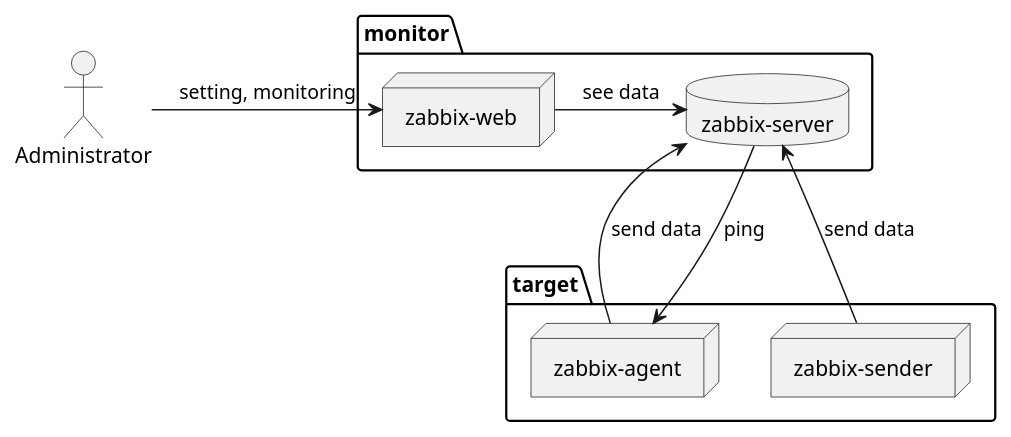
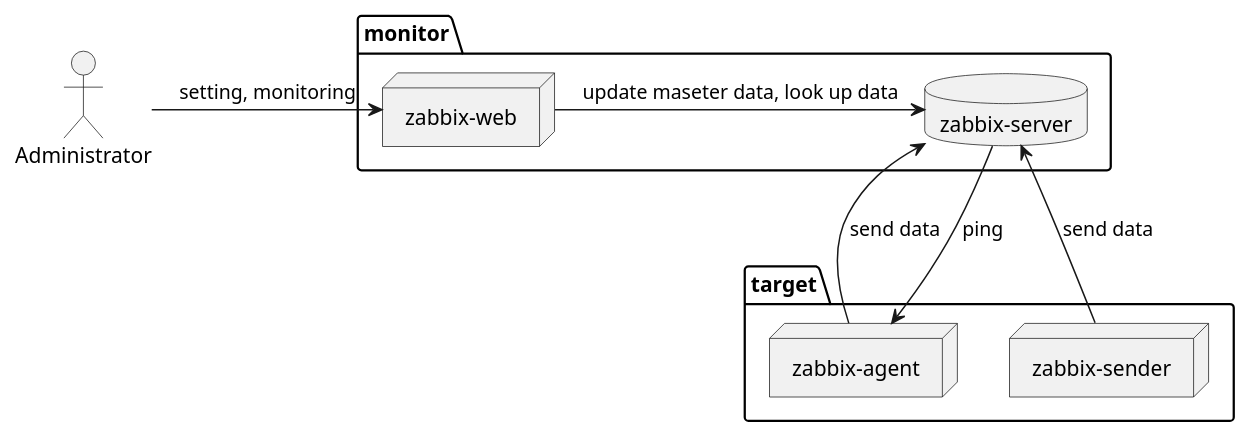
Before and after one commit to ndxbn/til: the diagram in zabbix/dependencies.puml, drawn with PlantUML.

```diff
--- a/zabbix/dependencies.puml
+++ b/zabbix/dependencies.puml
@@ -1,19 +1,19 @@
 @startuml
 package target {
   node "zabbix-agent" as agent
   node "zabbix-sender" as sender
 }
 package monitor {
   database "zabbix-server" as server
   node "zabbix-web" as web
 }
 
 server <-- agent : send data
 server --> agent : ping
 server <-- sender : send data
 
 actor Administrator
 Administrator -> web : setting, monitoring
+web -> server  : update maseter data, look up data
 
-web -> server  : see data
 @enduml
```
